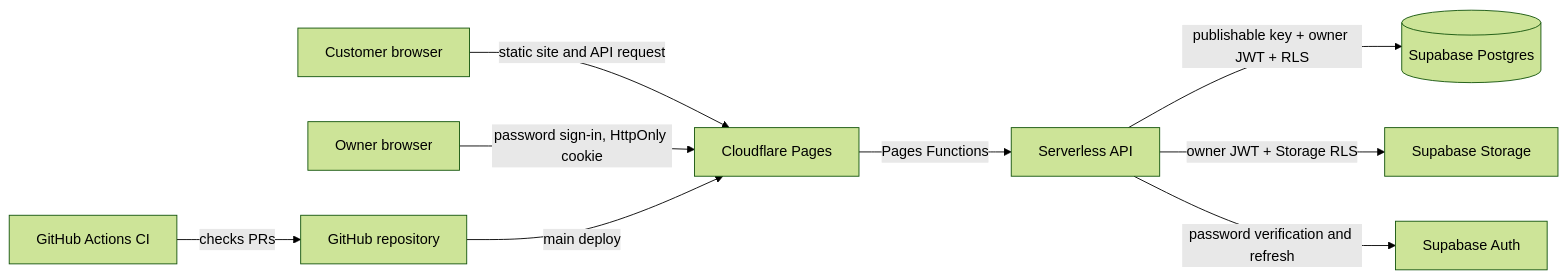
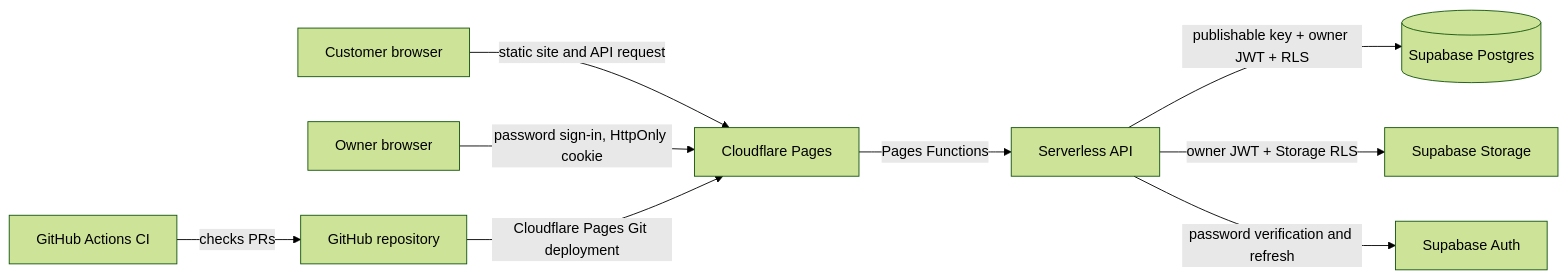
One commit to sdcreek240/Cottage44-menu changed the diagram in docs/architecture.md. Above: the diagram before and after it, drawn with Mermaid (forest theme). The commit also changed other lines of this file and 3 other files, not shown here.

Commit message:
Verify production after Cloudflare deployment

````diff
--- a/docs/architecture.md
+++ b/docs/architecture.md
@@ -18,11 +18,11 @@
 ```mermaid
 flowchart LR
   customer[Customer browser] -->|static site and API request| pages[Cloudflare Pages]
   pages -->|Pages Functions| api[Serverless API]
   api -->|publishable key + owner JWT + RLS| db[(Supabase Postgres)]
   api -->|owner JWT + Storage RLS| storage[Supabase Storage]
   owner[Owner browser] -->|password sign-in, HttpOnly cookie| pages
   api -->|password verification and refresh| auth[Supabase Auth]
   github[GitHub Actions CI] -->|checks PRs| repo[GitHub repository]
-  repo -->|main deploy| pages
+  repo -->|Cloudflare Pages Git deployment| pages
 ```
````
